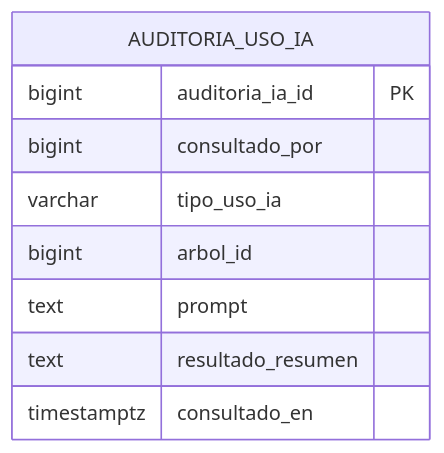
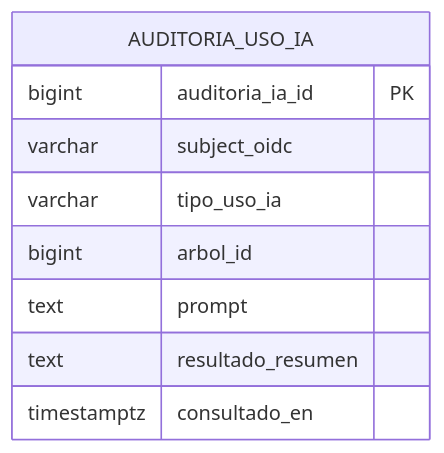
One commit to LIDR-academy/AI4Devs-finalproject changed diagram 18 of 18 in readme.md. Above: the diagram before and after it, drawn with Mermaid. The commit also changed other lines of this file, not shown here.

````diff
--- a/readme.md
+++ b/readme.md
@@ -1085,12 +1096,12 @@
 ```mermaid
 erDiagram
     AUDITORIA_USO_IA {
         bigint auditoria_ia_id PK
-        bigint consultado_por
+        varchar subject_oidc
         varchar tipo_uso_ia
         bigint arbol_id
         text prompt
         text resultado_resumen
         timestamptz consultado_en
     }
 ```
````
